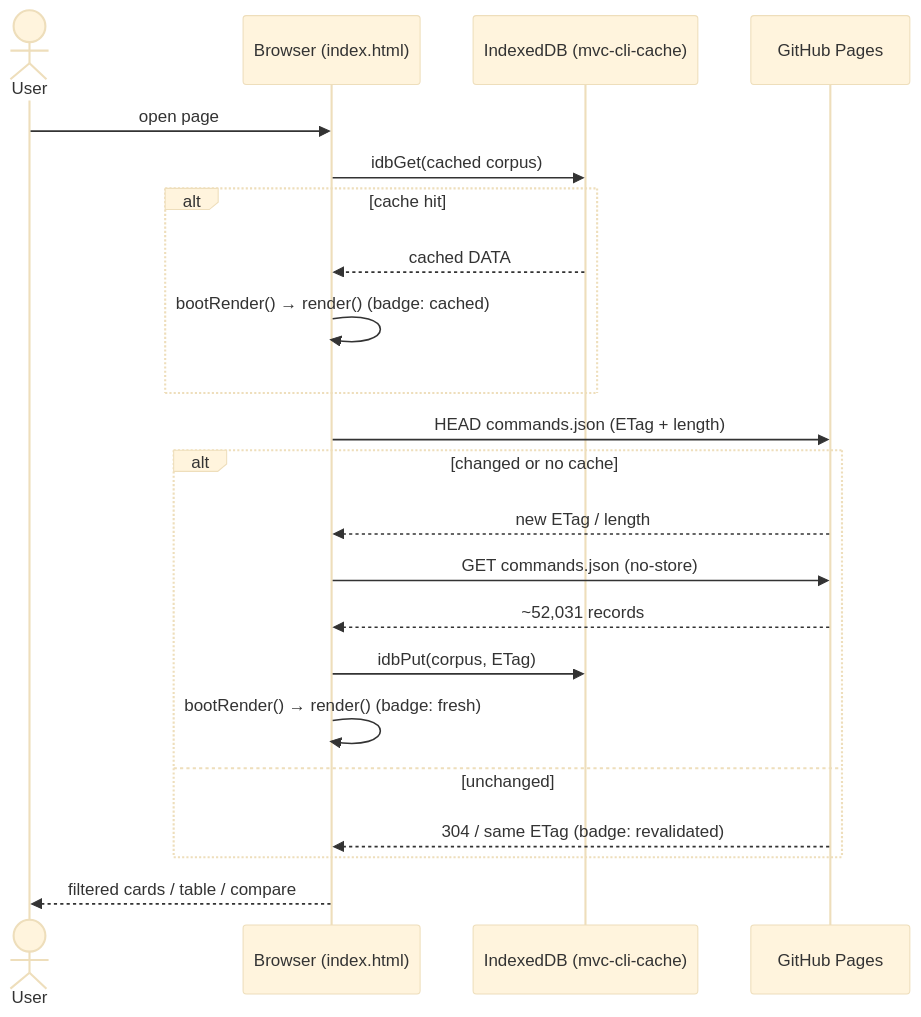
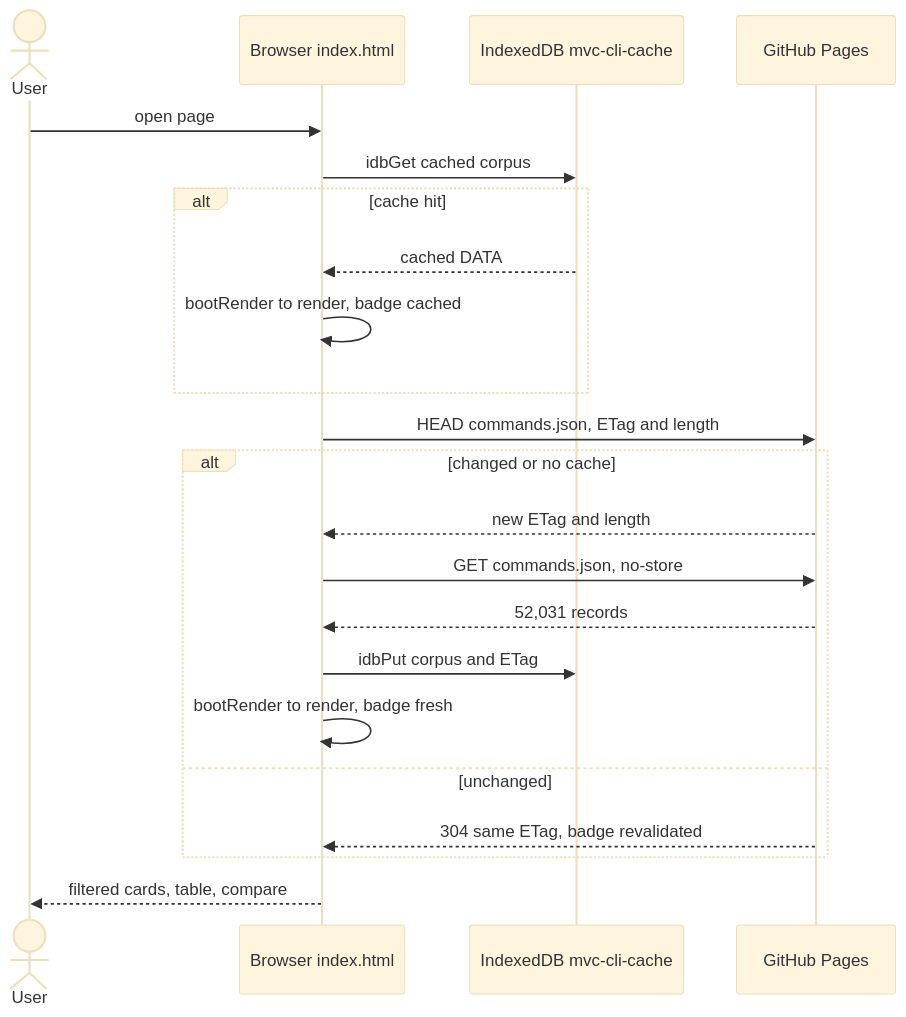
The third of 6 diagrams in docs/ARCHITECTURE.md (gesh75/multivendor-cli-configurator), drawn with Mermaid (base theme) before and after one commit. The commit also changed other lines of this file and 1 other file, not shown here.

Commit message:
docs: harden mermaid diagrams for reliable GitHub rendering

````diff
--- a/docs/ARCHITECTURE.md
+++ b/docs/ARCHITECTURE.md
@@ -120,25 +120,25 @@
 ```mermaid
 sequenceDiagram
     actor User
-    participant B as Browser (index.html)
-    participant IDB as IndexedDB (mvc-cli-cache)
+    participant B as Browser index.html
+    participant IDB as IndexedDB mvc-cli-cache
     participant CDN as GitHub Pages
 
     User->>B: open page
-    B->>IDB: idbGet(cached corpus)
+    B->>IDB: idbGet cached corpus
     alt cache hit
         IDB-->>B: cached DATA
-        B->>B: bootRender() → render() (badge: cached)
+        B->>B: bootRender to render, badge cached
     end
-    B->>CDN: HEAD commands.json (ETag + length)
+    B->>CDN: HEAD commands.json, ETag and length
     alt changed or no cache
-        CDN-->>B: new ETag / length
-        B->>CDN: GET commands.json (no-store)
-        CDN-->>B: ~52,031 records
-        B->>IDB: idbPut(corpus, ETag)
-        B->>B: bootRender() → render() (badge: fresh)
+        CDN-->>B: new ETag and length
+        B->>CDN: GET commands.json, no-store
+        CDN-->>B: 52,031 records
+        B->>IDB: idbPut corpus and ETag
+        B->>B: bootRender to render, badge fresh
     else unchanged
-        CDN-->>B: 304 / same ETag (badge: revalidated)
+        CDN-->>B: 304 same ETag, badge revalidated
     end
-    B-->>User: filtered cards / table / compare
+    B-->>User: filtered cards, table, compare
 ```
````
